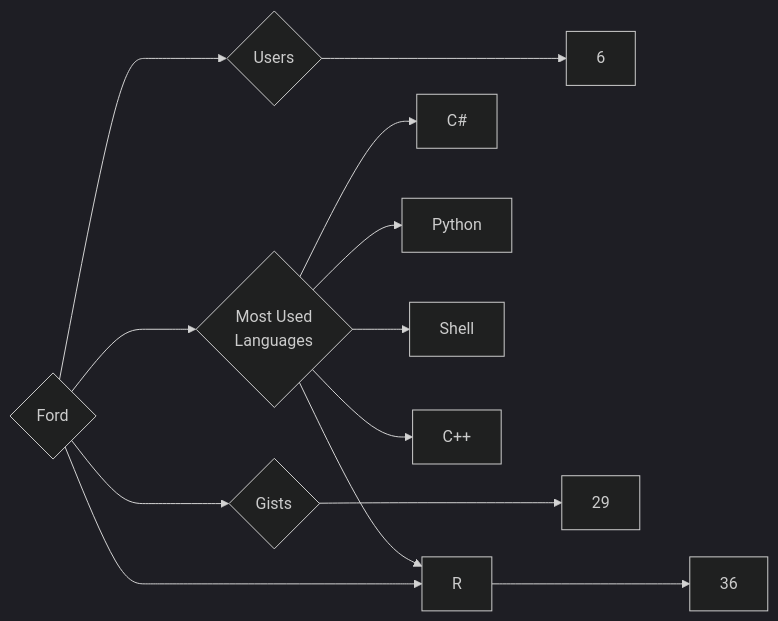
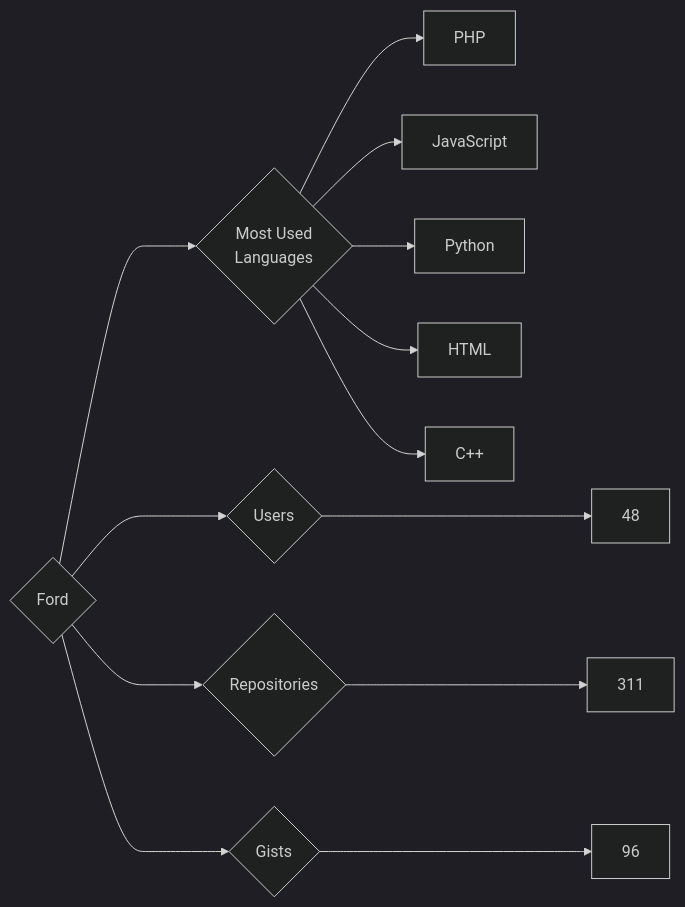
Before and after one commit to trickest/insiders: the diagram in targets/Ford/README.md, drawn with Mermaid (dark theme). The commit also changed 622 other files, not shown here.

````diff
--- a/targets/Ford/README.md
+++ b/targets/Ford/README.md
@@ -3,13 +3,13 @@
 ```mermaid
 graph LR
 COMPANY_NAME{Ford}
-COMPANY_NAME ---> U{Users} ---> UN[6]
-COMPANY_NAME ---> R{Repositories} ---> RN[36]
-COMPANY_NAME ---> G{Gists} ---> GN[29]
+COMPANY_NAME ---> U{Users} ---> UN[48]
+COMPANY_NAME ---> R{Repositories} ---> RN[311]
+COMPANY_NAME ---> G{Gists} ---> GN[96]
 COMPANY_NAME ---> ML{Most Used<br>Languages}
-ML --> C#[C#]
+ML --> PHP[PHP]
+ML --> JavaScript[JavaScript]
 ML --> Python[Python]
-ML --> Shell[Shell]
-ML --> R[R]
+ML --> HTML[HTML]
 ML --> C++[C++]
 ```
````
